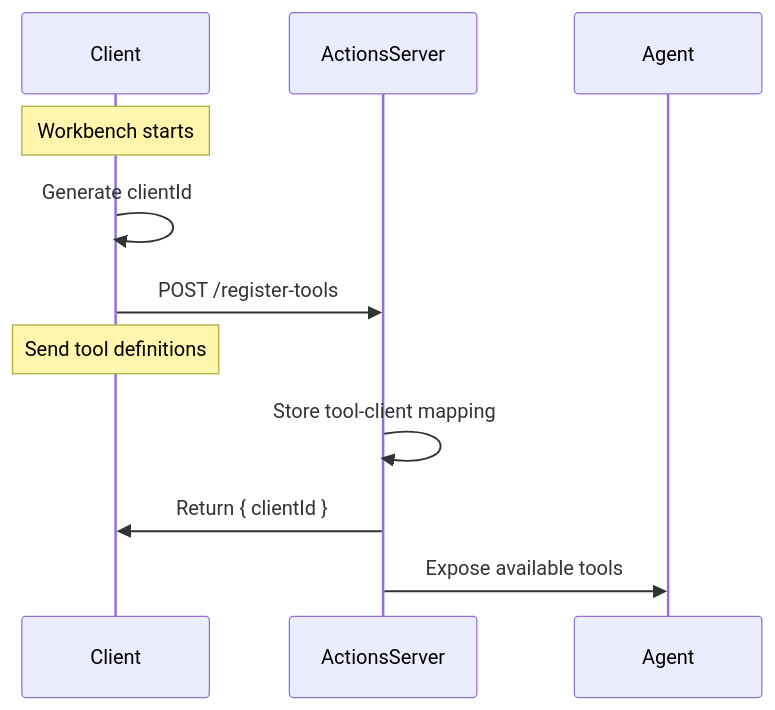
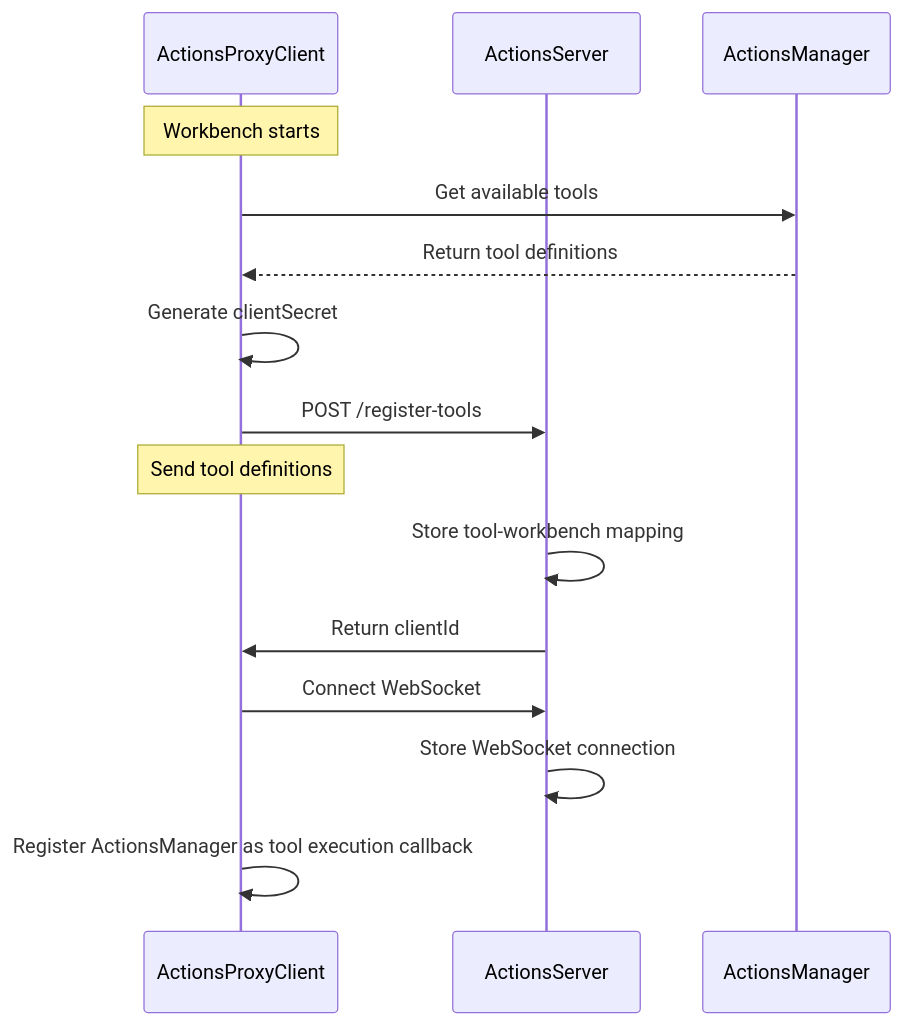
Before and after one commit to mrsimpson/piddie: the first of 2 diagrams in packages/actions-server/README.md, drawn with Mermaid. The commit also changed other lines of this file and 8 other files, not shown here.

Commit message:
Validate client secret in actions proxy

````diff
--- a/packages/actions-server/README.md
+++ b/packages/actions-server/README.md
@@ -16,14 +32,18 @@
 ```mermaid
 sequenceDiagram
-    participant Client
-    participant ActionsServer
-    participant Agent
+    participant Workbench as ActionsProxyClient
+    participant Server as ActionsServer
+    participant Manager as ActionsManager
 
-    Note over Client: Workbench starts
-    Client->>Client: Generate clientId
-    Client->>ActionsServer: POST /register-tools
-    Note over Client: Send tool definitions
-    ActionsServer->>ActionsServer: Store tool-client mapping
-    ActionsServer->>Client: Return { clientId }
-    ActionsServer->>Agent: Expose available tools
+    Note over Workbench: Workbench starts
+    Workbench->>Manager: Get available tools
+    Manager-->>Workbench: Return tool definitions
+    Workbench->>Workbench: Generate clientSecret
+    Workbench->>Server: POST /register-tools
+    Note over Workbench: Send tool definitions
+    Server->>Server: Store tool-workbench mapping
+    Server->>Workbench: Return clientId
+    Workbench->>Server: Connect WebSocket
+    Server->>Server: Store WebSocket connection
+    Workbench->>Workbench: Register ActionsManager as tool execution callback
 ```
````
